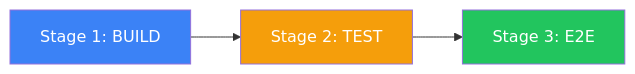
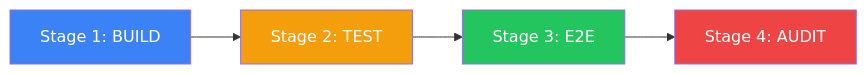
One commit to virgenherrera/GILA_SOFTWARE_CHALLENGE changed the first of 6 diagrams in docs/architecture/tech-stack.md. Above: the diagram before and after it, drawn with Mermaid. The commit also changed other lines of this file and 39 other files, not shown here.

````diff
--- a/docs/architecture/tech-stack.md
+++ b/docs/architecture/tech-stack.md
@@ -198,8 +199,9 @@
 ```mermaid
 flowchart LR
-    BUILD["Stage 1: BUILD"] --> TEST["Stage 2: TEST"] --> E2E["Stage 3: E2E"]
+    BUILD["Stage 1: BUILD"] --> TEST["Stage 2: TEST"] --> E2E["Stage 3: E2E"] --> AUDIT["Stage 4: AUDIT"]
 
     style BUILD fill:#3b82f6,color:#fff
     style TEST fill:#f59e0b,color:#fff
     style E2E fill:#22c55e,color:#fff
+    style AUDIT fill:#ef4444,color:#fff
 ```
````
